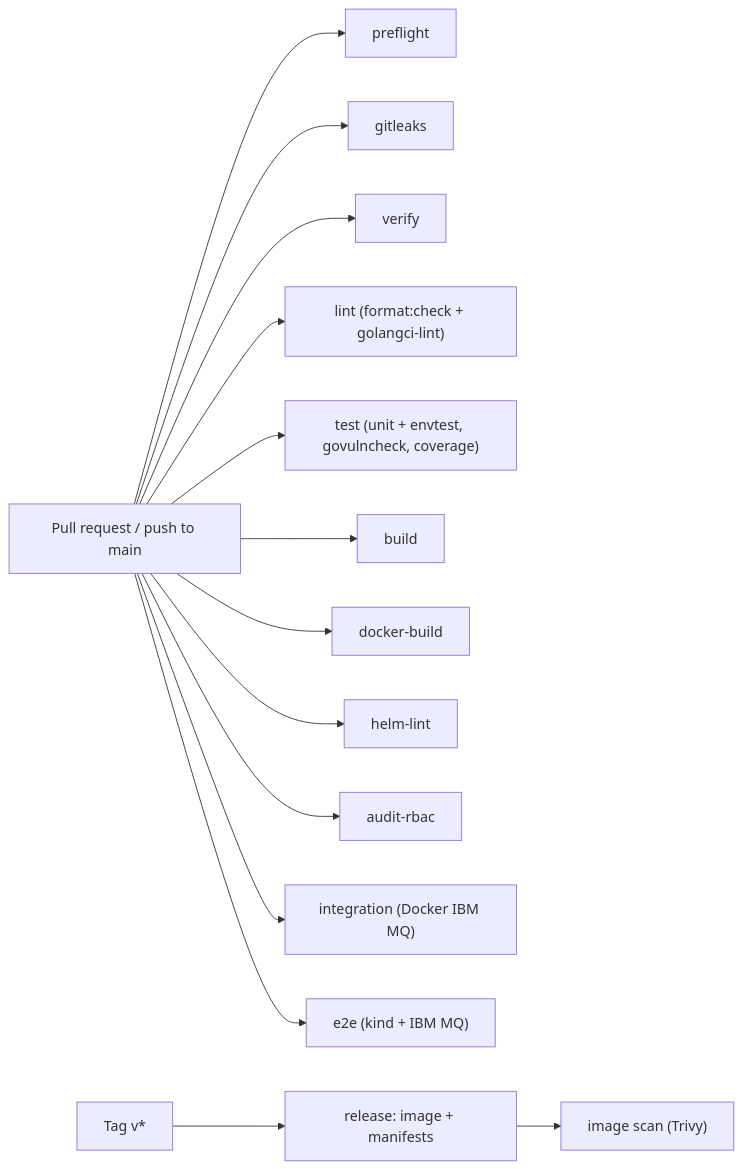
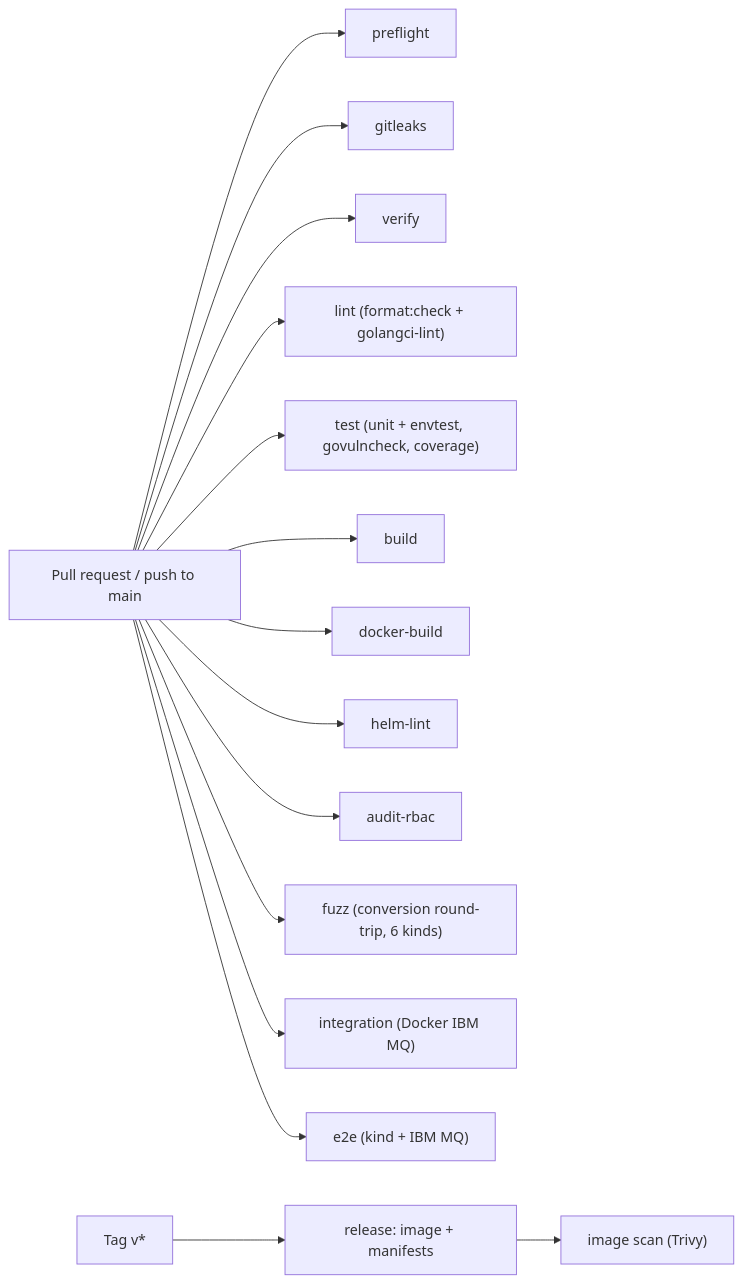
Before and after one commit to conduit-ops/MKurator: the diagram in docs/CICD.md, drawn with Mermaid. The commit also changed other lines of this file and 2 other files, not shown here.

First line of the commit message:
:construction_worker: ci(fuzz): add conversion round-trip fuzz matrix job (CI-8)

````diff
--- a/docs/CICD.md
+++ b/docs/CICD.md
@@ -38,18 +38,19 @@
 ```mermaid
 flowchart LR
   pr["Pull request / push to main"] --> preflight
   pr --> gitleaks
   pr --> verify
   pr --> lint
   pr --> test
   pr --> build
   pr --> docker["docker-build"]
   pr --> helmlint["helm-lint"]
   pr --> auditrbac["audit-rbac"]
+  pr --> fuzz["fuzz (conversion round-trip, 6 kinds)"]
   lint["lint (format:check + golangci-lint)"]
   test["test (unit + envtest, govulncheck, coverage)"]
   pr --> integration["integration (Docker IBM MQ)"]
   pr --> e2e["e2e (kind + IBM MQ)"]
   tag["Tag v*"] --> release["release: image + manifests"]
   release --> scan["image scan (Trivy)"]
 ```
````
